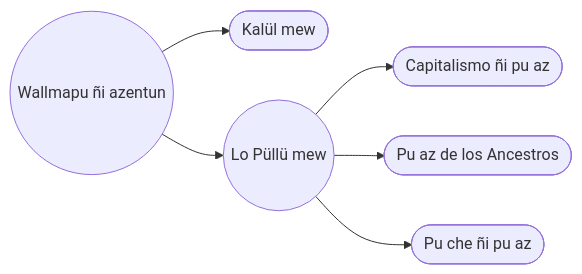
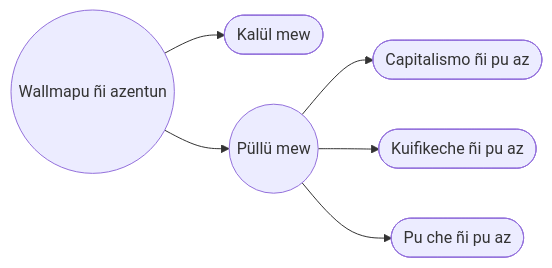
One commit to EGGS-Artesvisuales/EGGS-Artesvisuales.github.io changed the third of 3 diagrams in MPD/mundo-exterior.md. Above: the diagram before and after it, drawn with Mermaid. The commit also changed other lines of this file and 11 other files, not shown here.

```diff
--- a/MPD/mundo-exterior.md
+++ b/MPD/mundo-exterior.md
@@ -144,20 +144,20 @@
 <div class="mermaid">
 flowchart LR
   representacion((Wallmapu ñi azentun))
   tangible(["Kalül mew"])
-  intangible(("Lo Püllü mew"))
+  intangible(("Püllü mew"))
 
   representacion --> tangible
   representacion --> intangible
 
   intangible --> capitalismo(["Capitalismo ñi pu az"])
-  intangible --> ancestros(["Pu az de los Ancestros"])
+  intangible --> ancestros(["Kuifikeche ñi pu az"])
   intangible --> popular(["Pu che ñi pu az"])
 
   click representacion "/MPD/mundo-exterior.html" "Amun: Wallmapu ñi azentun"
   click tangible "/MPD/tangible.html" "Amun: Kalül mew"
-  click intangible "/MPD/intangible.html" "Amun: Lo Püllü mew"
+  click intangible "/MPD/intangible.html" "Amun: Püllü mew"
   click capitalismo "/MPD/imagenes-capitalismo.html" "Amun: Capitalismo ñi pu az"
-  click ancestros "/MPD/imagenes-ancestros.html" "Amun: Pu az de los Ancestros"
+  click ancestros "/MPD/imagenes-ancestros.html" "Amun: Kuifikeche ñi pu az"
   click popular "/MPD/imagenes-popular.html" "Amun: Pu che ñi pu az"
 </div>
```
